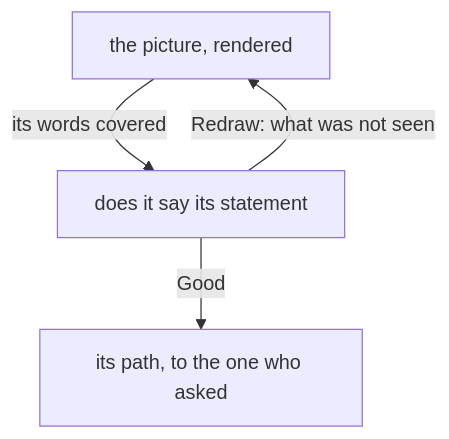
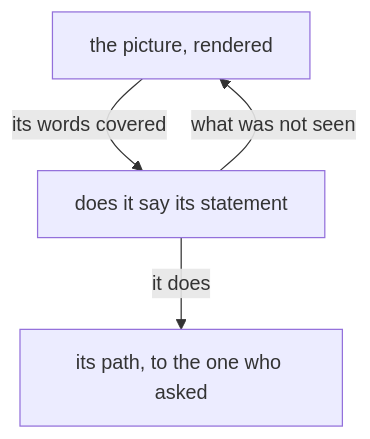
The second of 2 diagrams in notion/visualizer/0.md (LiGoldragon/mind-belief), drawn with Mermaid before and after one commit. The commit also changed other lines of this file, not shown here.

````diff
--- a/notion/visualizer/0.md
+++ b/notion/visualizer/0.md
@@ -72,6 +57,6 @@
 ```mermaid
 flowchart TB
     p["the picture, rendered"] -- "its words covered" --> q["does it say its statement"]
-    q -- "Redraw: what was not seen" --> p
-    q -- "Good" --> h["its path, to the one who asked"]
+    q -- "what was not seen" --> p
+    q -- "it does" --> h["its path, to the one who asked"]
 ```
````
